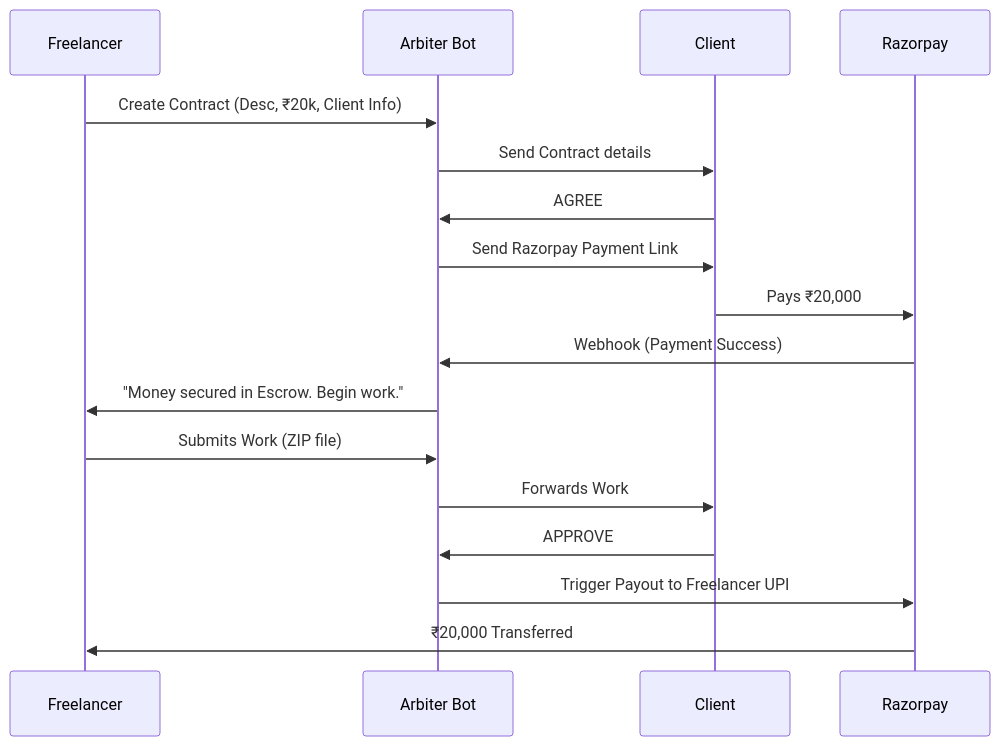
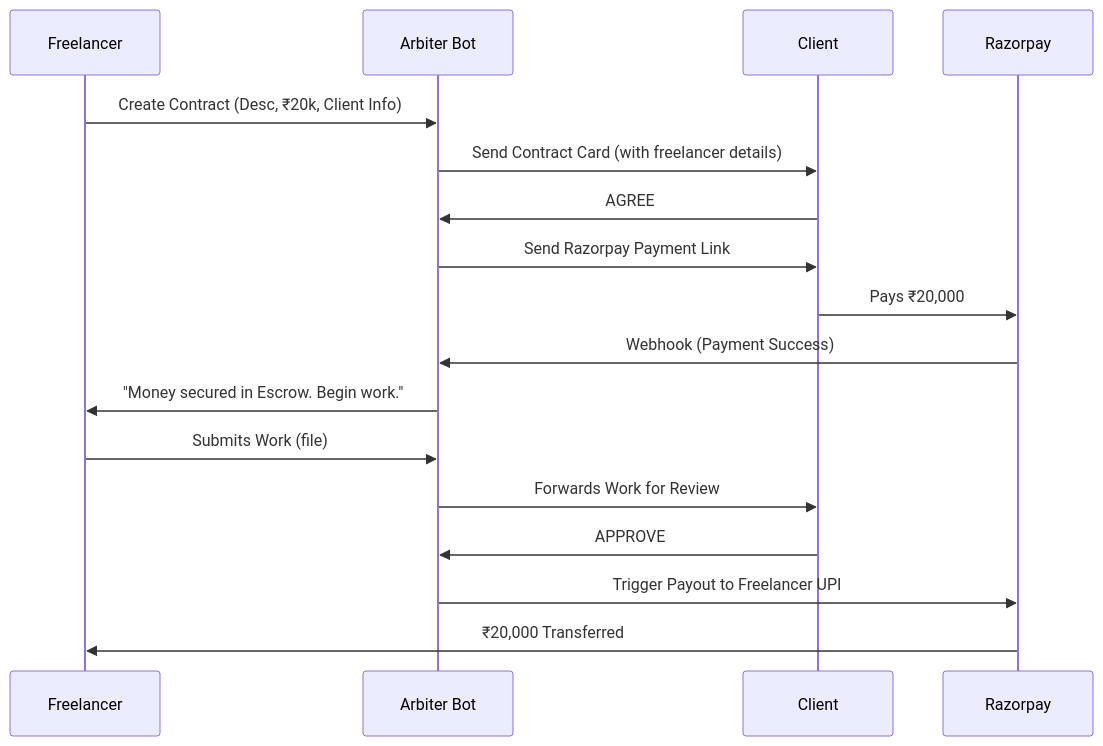
One commit to its-ashutosh-pathak/Arbiter changed the third of 7 diagrams in README.md. Above: the diagram before and after it, drawn with Mermaid. The commit also changed other lines of this file and 1 other file, not shown here.

Commit message:
docs: overhaul README with Green API architecture, updated Mermaid charts, 5-step contract wizard, and in-place editing flow

````diff
--- a/README.md
+++ b/README.md
@@ -50,20 +73,20 @@
 ```mermaid
 sequenceDiagram
     participant F as Freelancer
     participant A as Arbiter Bot
     participant C as Client
     participant R as Razorpay
-    
+
     F->>A: Create Contract (Desc, ₹20k, Client Info)
-    A->>C: Send Contract details
+    A->>C: Send Contract Card (with freelancer details)
     C->>A: AGREE
     A->>C: Send Razorpay Payment Link
     C->>R: Pays ₹20,000
     R->>A: Webhook (Payment Success)
     A->>F: "Money secured in Escrow. Begin work."
-    F->>A: Submits Work (ZIP file)
-    A->>C: Forwards Work
+    F->>A: Submits Work (file)
+    A->>C: Forwards Work for Review
     C->>A: APPROVE
     A->>R: Trigger Payout to Freelancer UPI
     R->>F: ₹20,000 Transferred
 ```
````
